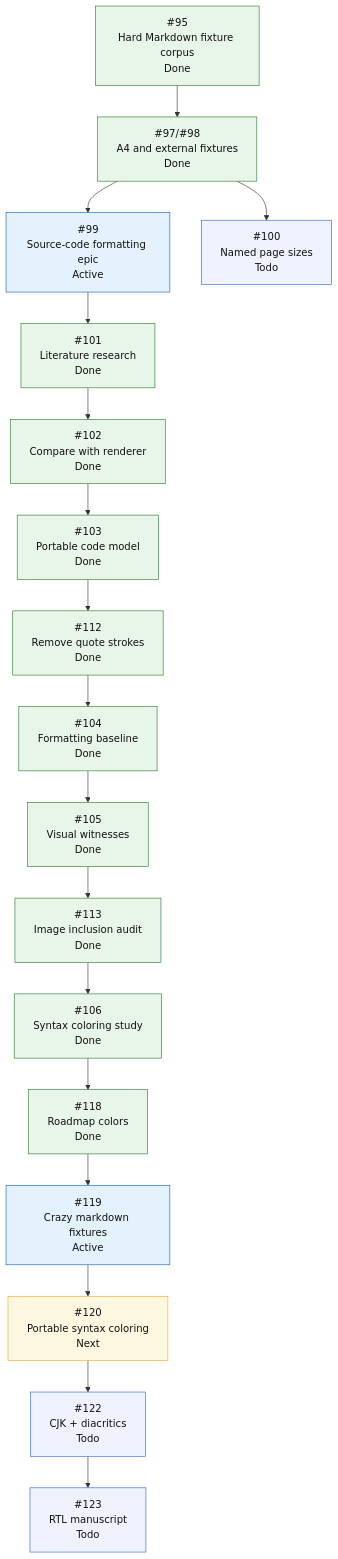
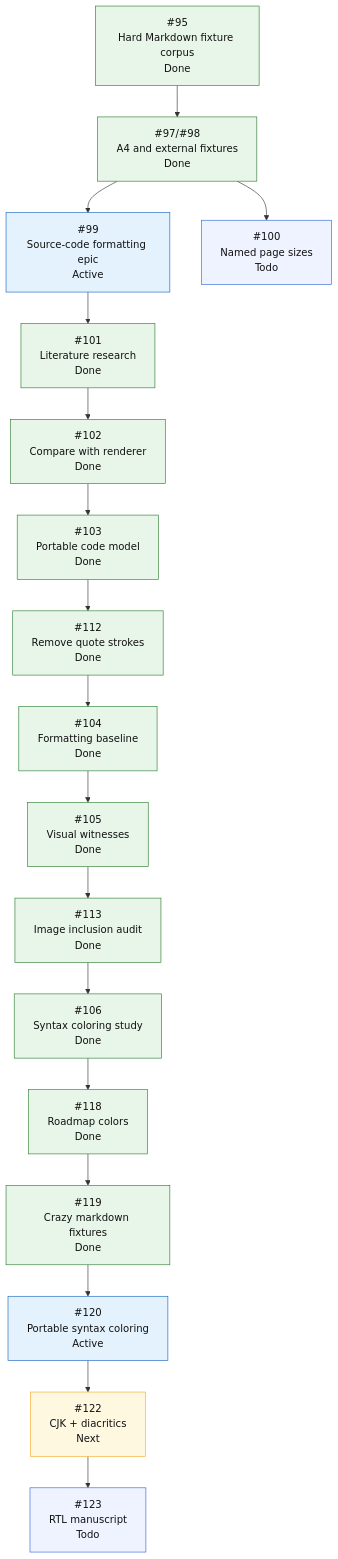
One commit to mihaelamj/MarkdownPDF changed the fifth of 5 diagrams in README.md. Above: the diagram before and after it, drawn with Mermaid. The commit also changed other lines of this file and 15 other files, not shown here.

Commit message:
feat(syntax): add portable code coloring

````diff
--- a/README.md
+++ b/README.md
@@ -421,36 +440,36 @@
 ```mermaid
 flowchart TD
     H0["#95<br/>Hard Markdown fixture corpus<br/>Done"]
     H1["#97/#98<br/>A4 and external fixtures<br/>Done"]
     H2["#99<br/>Source-code formatting epic<br/>Active"]
     H2A["#101<br/>Literature research<br/>Done"]
     H2B["#102<br/>Compare with renderer<br/>Done"]
     H2C["#103<br/>Portable code model<br/>Done"]
     H2D["#112<br/>Remove quote strokes<br/>Done"]
     H2E["#104<br/>Formatting baseline<br/>Done"]
     H2F["#105<br/>Visual witnesses<br/>Done"]
     H2G["#113<br/>Image inclusion audit<br/>Done"]
     H2H["#106<br/>Syntax coloring study<br/>Done"]
     H2I["#118<br/>Roadmap colors<br/>Done"]
-    H2J["#119<br/>Crazy markdown fixtures<br/>Active"]
-    H2K["#120<br/>Portable syntax coloring<br/>Next"]
-    H2L["#122<br/>CJK + diacritics<br/>Todo"]
+    H2J["#119<br/>Crazy markdown fixtures<br/>Done"]
+    H2K["#120<br/>Portable syntax coloring<br/>Active"]
+    H2L["#122<br/>CJK + diacritics<br/>Next"]
     H2M["#123<br/>RTL manuscript<br/>Todo"]
     H3["#100<br/>Named page sizes<br/>Todo"]
 
     H0 --> H1
     H1 --> H2
     H2 --> H2A --> H2B --> H2C --> H2D --> H2E --> H2F --> H2G --> H2H --> H2I --> H2J --> H2K --> H2L --> H2M
     H1 --> H3
 
     classDef done fill:#e8f5e9,stroke:#2e7d32,color:#111;
     classDef active fill:#e3f2fd,stroke:#1565c0,color:#111;
     classDef review fill:#f3e5f5,stroke:#7b1fa2,color:#111;
     classDef next fill:#fff8e1,stroke:#f9a825,color:#111;
     classDef todo fill:#eef3ff,stroke:#3367d6,color:#111;
     class H0,H1 done;
-    class H2,H2J active;
-    class H2A,H2B,H2C,H2D,H2E,H2F,H2G,H2H,H2I done;
-    class H2K next;
-    class H2L,H2M,H3 todo;
+    class H2,H2K active;
+    class H2A,H2B,H2C,H2D,H2E,H2F,H2G,H2H,H2I,H2J done;
+    class H2L next;
+    class H2M,H3 todo;
 ```
````
